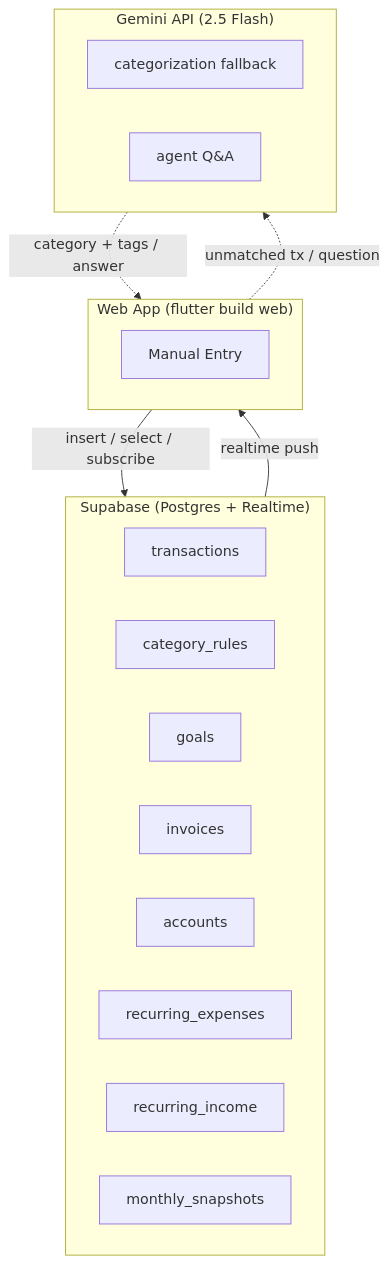
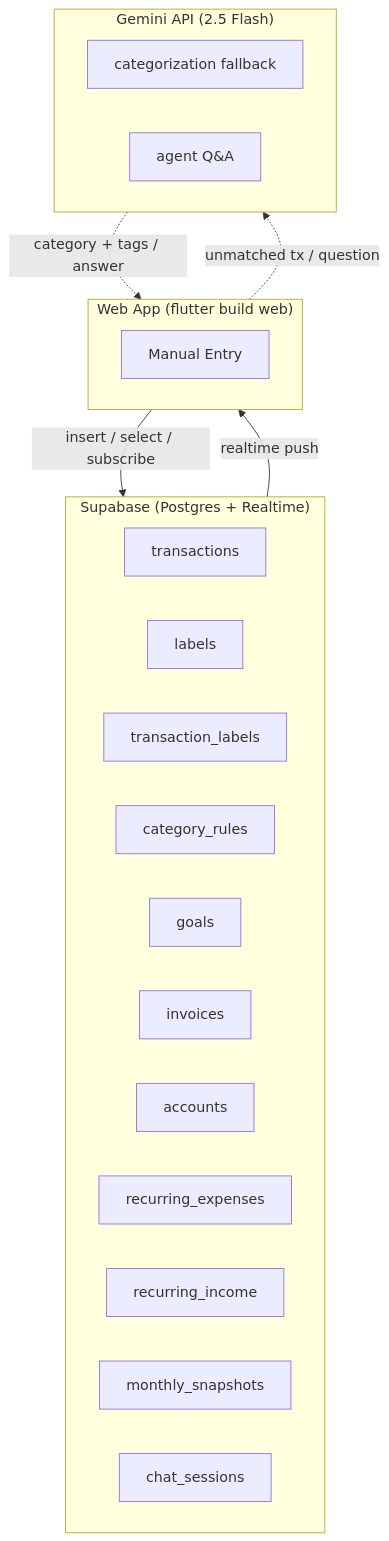
One commit to maybemnv/Financial-Tracker changed the first of 5 diagrams in docs/ARCHITECTURE.md. Above: the diagram before and after it, drawn with Mermaid. The commit also changed other lines of this file and 8 other files, not shown here.

````diff
--- a/docs/ARCHITECTURE.md
+++ b/docs/ARCHITECTURE.md
@@ -9,28 +9,31 @@
 ```mermaid
 graph TB
     subgraph WebApp["Web App (flutter build web)"]
         ME["Manual Entry"]
     end
 
     subgraph Supabase["Supabase (Postgres + Realtime)"]
         TX[transactions]
+        LB[labels]
+        TL[transaction_labels]
         CR[category_rules]
         GL[goals]
         IV[invoices]
         AC[accounts]
         RE[recurring_expenses]
         RI[recurring_income]
         MS[monthly_snapshots]
+        CS[chat_sessions]
     end
 
     subgraph Gemini["Gemini API (2.5 Flash)"]
         CAT[categorization fallback]
         AGT[agent Q&A]
     end
 
     WebApp -->|insert / select / subscribe| Supabase
     Supabase -->|realtime push| WebApp
 
     WebApp -.->|unmatched tx / question| Gemini
     Gemini -.->|category + tags / answer| WebApp
 ```
````
